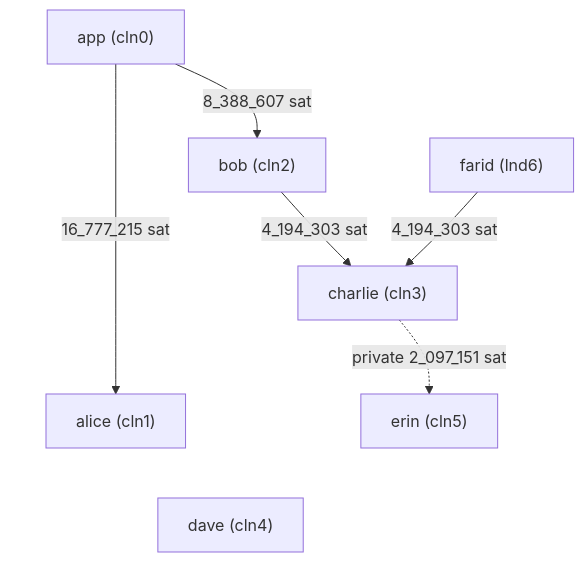
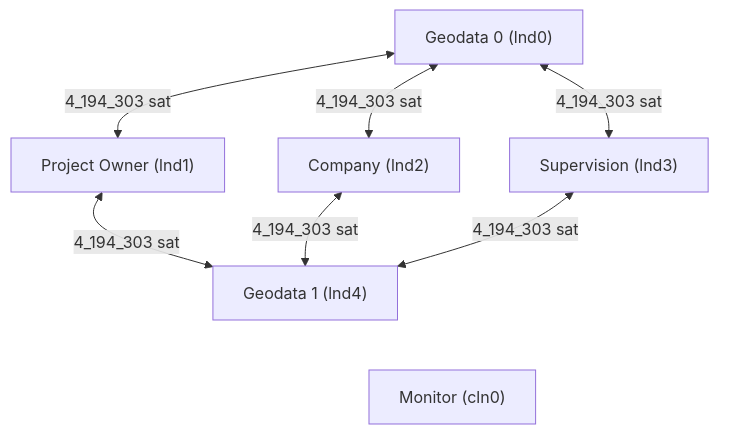
One commit to haraldgit1/lightning_sensor changed the diagram in readme.md. Above: the diagram before and after it, drawn with Mermaid. The commit also changed other lines of this file, not shown here.

Commit message:
docs: update network diagram in readme

````diff
--- a/readme.md
+++ b/readme.md
@@ -71,21 +124,20 @@
 ```mermaid
 flowchart TB
-   app["app (cln0)"]
-   alice["alice (cln1)"]
-   bob["bob (cln2)"]
-   charlie["charlie (cln3)"]
-   dave["dave (cln4)"]
-   erin["erin (cln5)"]
-   farid["farid (lnd6)"]
-   app -->|16_777_215 sat| alice
-   app -->|8_388_607 sat| bob
-   bob -->|4_194_303 sat| charlie
-   farid -->|4_194_303 sat| charlie
-   charlie -. private 2_097_151 sat .-> erin
-   app ~~~ dave
-   alice ~~~ dave
-   bob ~~~ dave
-   charlie ~~~ dave
-   erin ~~~ dave
-   farid ~~~ dave
+   lnd_tier0_geodata["Geodata 0 (lnd0)"]
+   lnd_tier1_project_owner["Project Owner (lnd1)"]
+   lnd_tier1_company["Company (lnd2)"]
+   lnd_tier1_supervision["Supervision (lnd3)"]
+   lnd_tier2_geodata["Geodata 1 (lnd4)"]
+   cln0_monitor["Monitor (cln0)"]
+   lnd_tier0_geodata <-->|4_194_303 sat| lnd_tier1_project_owner
+   lnd_tier0_geodata <-->|4_194_303 sat| lnd_tier1_company
+   lnd_tier0_geodata <-->|4_194_303 sat| lnd_tier1_supervision
+   lnd_tier1_project_owner <-->|4_194_303 sat| lnd_tier2_geodata
+   lnd_tier1_company <-->|4_194_303 sat| lnd_tier2_geodata
+   lnd_tier1_supervision <-->|4_194_303 sat| lnd_tier2_geodata
+   lnd_tier0_geodata ~~~ cln0_monitor
+   lnd_tier1_project_owner ~~~ cln0_monitor
+   lnd_tier1_company ~~~ cln0_monitor
+   lnd_tier1_supervision ~~~ cln0_monitor
+   lnd_tier2_geodata ~~~ cln0_monitor
 ```
````
